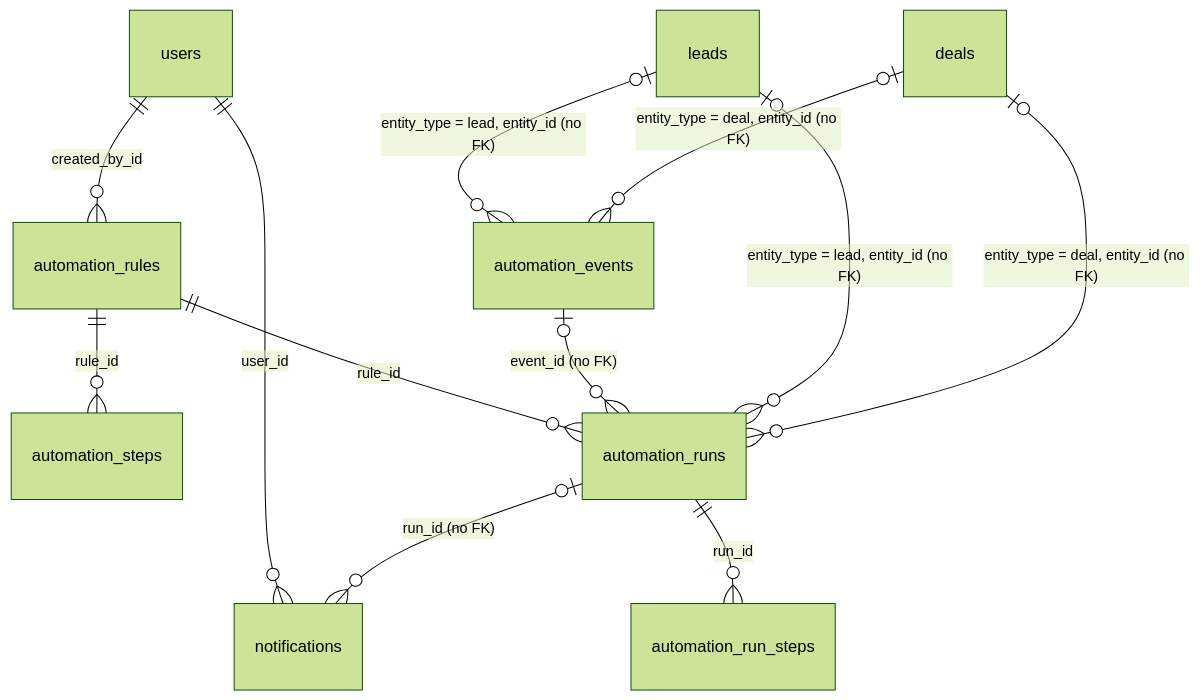
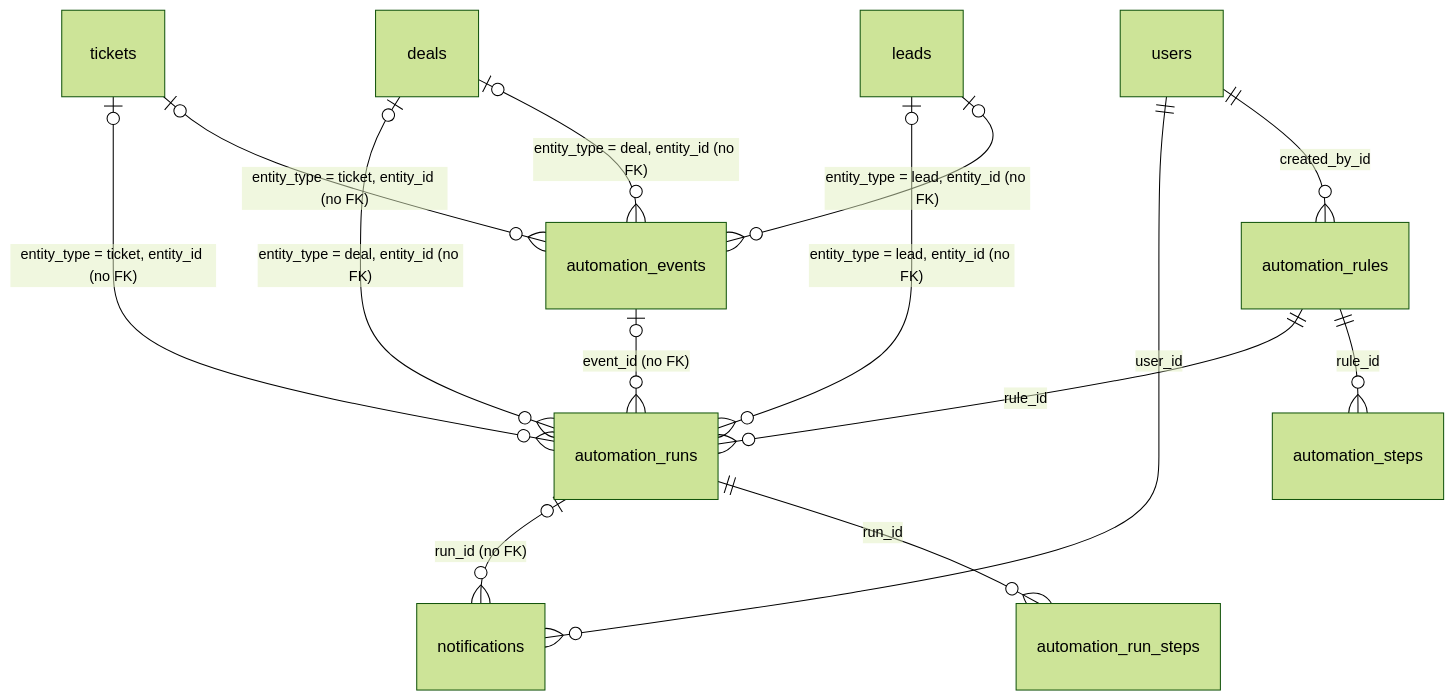
One commit to florinel-chis/GopherCRM changed the diagram in docs/datamodel.md. Above: the diagram before and after it, drawn with Mermaid (forest theme). The commit also changed other lines of this file and 42 other files, not shown here.

````diff
--- a/docs/datamodel.md
+++ b/docs/datamodel.md
@@ -366,14 +366,16 @@
 ```mermaid
 erDiagram
     users ||--o{ automation_rules : "created_by_id"
     automation_rules ||--o{ automation_steps : "rule_id"
     automation_rules ||--o{ automation_runs : "rule_id"
     automation_runs ||--o{ automation_run_steps : "run_id"
     automation_events o|--o{ automation_runs : "event_id (no FK)"
     users ||--o{ notifications : "user_id"
     automation_runs o|--o{ notifications : "run_id (no FK)"
     leads o|--o{ automation_events : "entity_type = lead, entity_id (no FK)"
     deals o|--o{ automation_events : "entity_type = deal, entity_id (no FK)"
     leads o|--o{ automation_runs : "entity_type = lead, entity_id (no FK)"
     deals o|--o{ automation_runs : "entity_type = deal, entity_id (no FK)"
+    tickets o|--o{ automation_events : "entity_type = ticket, entity_id (no FK)"
+    tickets o|--o{ automation_runs : "entity_type = ticket, entity_id (no FK)"
 ```
````
